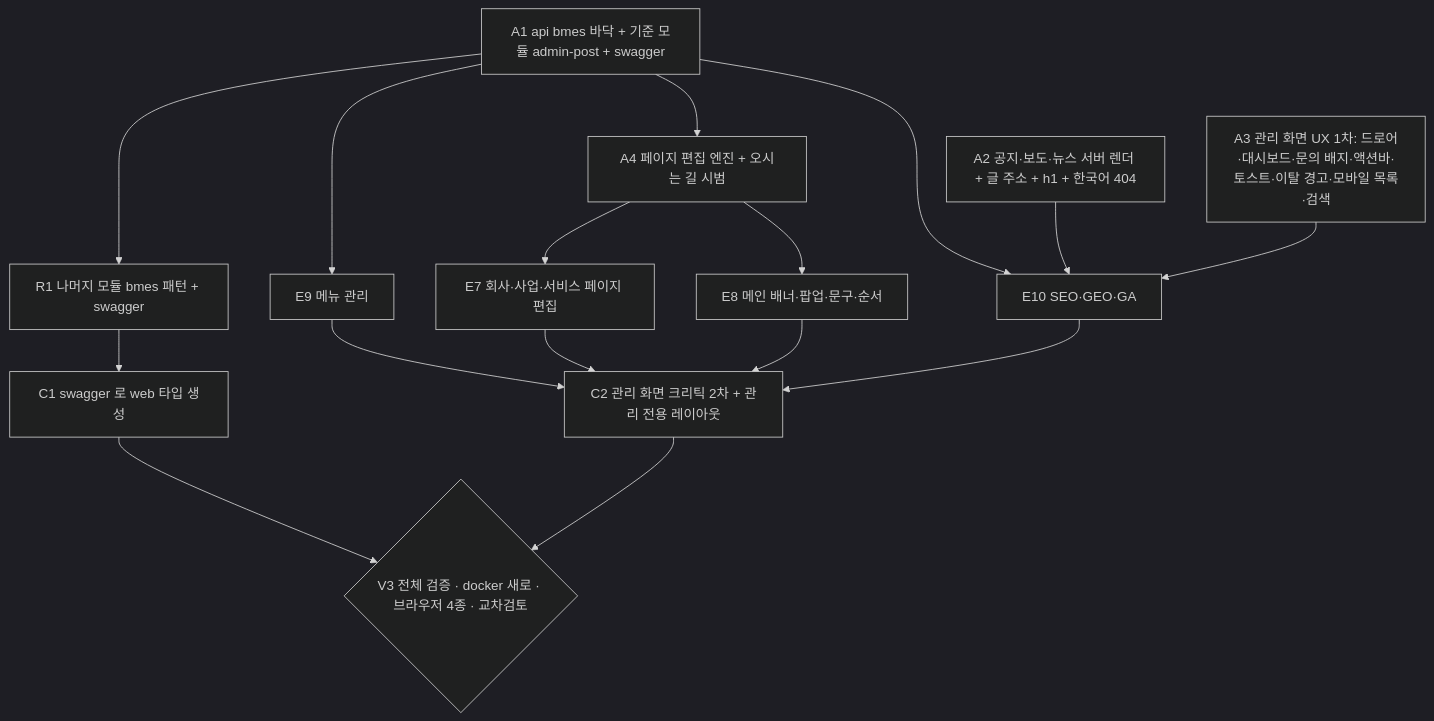
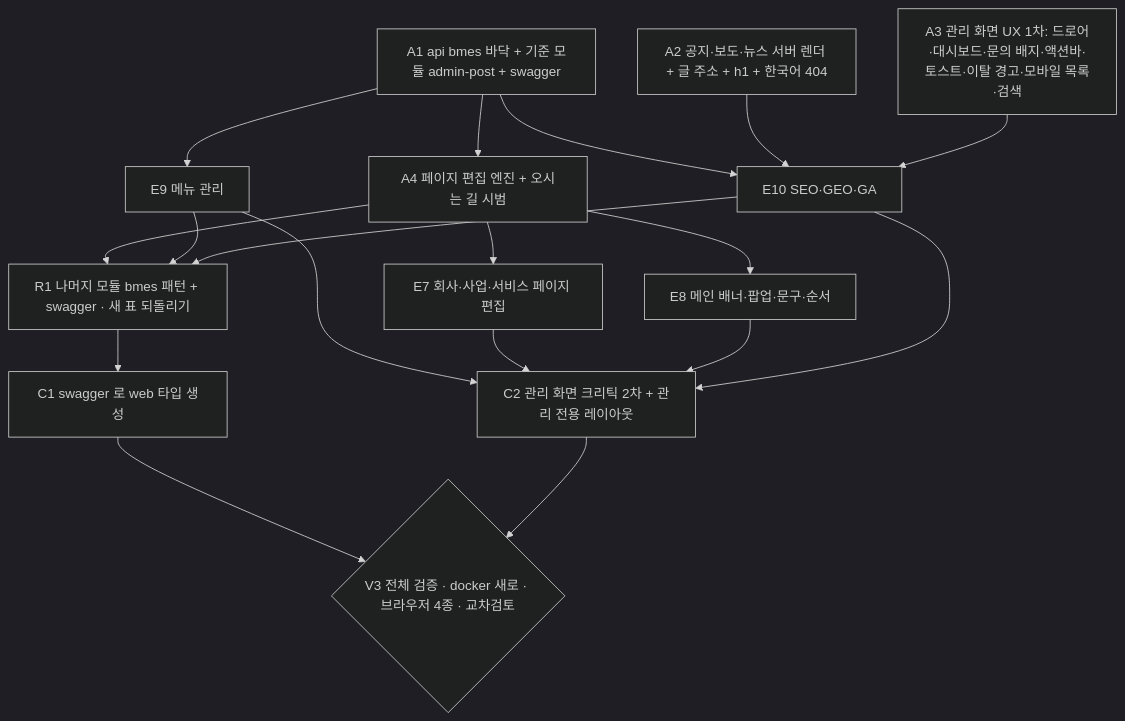
Before and after one commit to drvalue/drvalue-home: the diagram in graph-state.md, drawn with Mermaid (dark theme). The commit also changed other lines of this file, not shown here.

Commit message:
graph-state: R1 을 3차 물결로 · 출발 조건과 합치는 순서

````diff
--- a/graph-state.md
+++ b/graph-state.md
@@ -45,21 +45,23 @@
 ```mermaid
 graph TD
   A1[A1 api bmes 바닥 + 기준 모듈 admin-post + swagger]
   A2[A2 공지·보도·뉴스 서버 렌더 + 글 주소 + h1 + 한국어 404]
   A3[A3 관리 화면 UX 1차: 드로어·대시보드·문의 배지·액션바·토스트·이탈 경고·모바일 목록·검색]
   A1 --> A4[A4 페이지 편집 엔진 + 오시는 길 시범]
   A1 --> E9[E9 메뉴 관리]
   A1 --> E10[E10 SEO·GEO·GA]
   A2 --> E10
   A3 --> E10
-  A1 --> R1[R1 나머지 모듈 bmes 패턴 + swagger]
+  A4 --> R1[R1 나머지 모듈 bmes 패턴 + swagger · 새 표 되돌리기]
+  E9 --> R1
+  E10 --> R1
   A4 --> E7[E7 회사·사업·서비스 페이지 편집]
   A4 --> E8[E8 메인 배너·팝업·문구·순서]
   E9 --> C2[C2 관리 화면 크리틱 2차 + 관리 전용 레이아웃]
   E7 --> C2
   E8 --> C2
   E10 --> C2
   R1 --> C1[C1 swagger 로 web 타입 생성]
   C1 --> V3{V3 전체 검증 · docker 새로 · 브라우저 4종 · 교차검토}
   C2 --> V3
 ```
````
